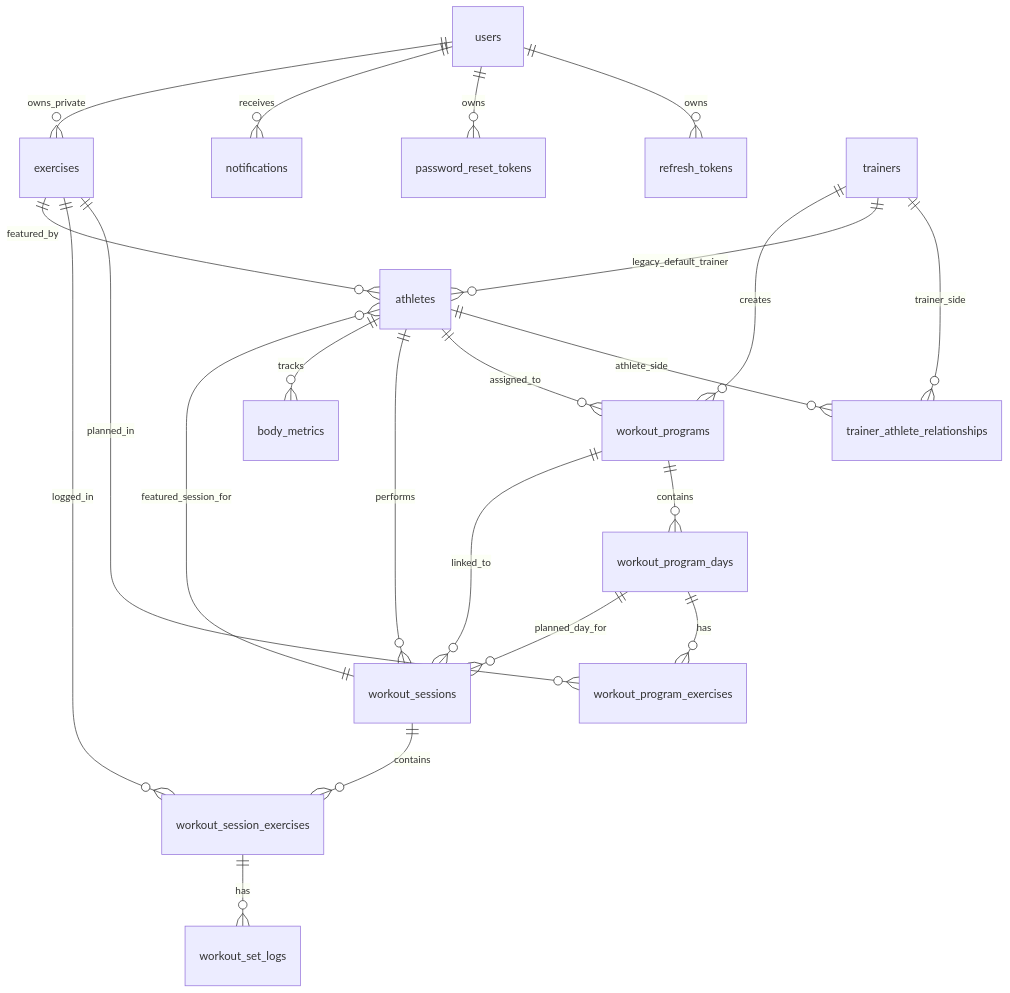
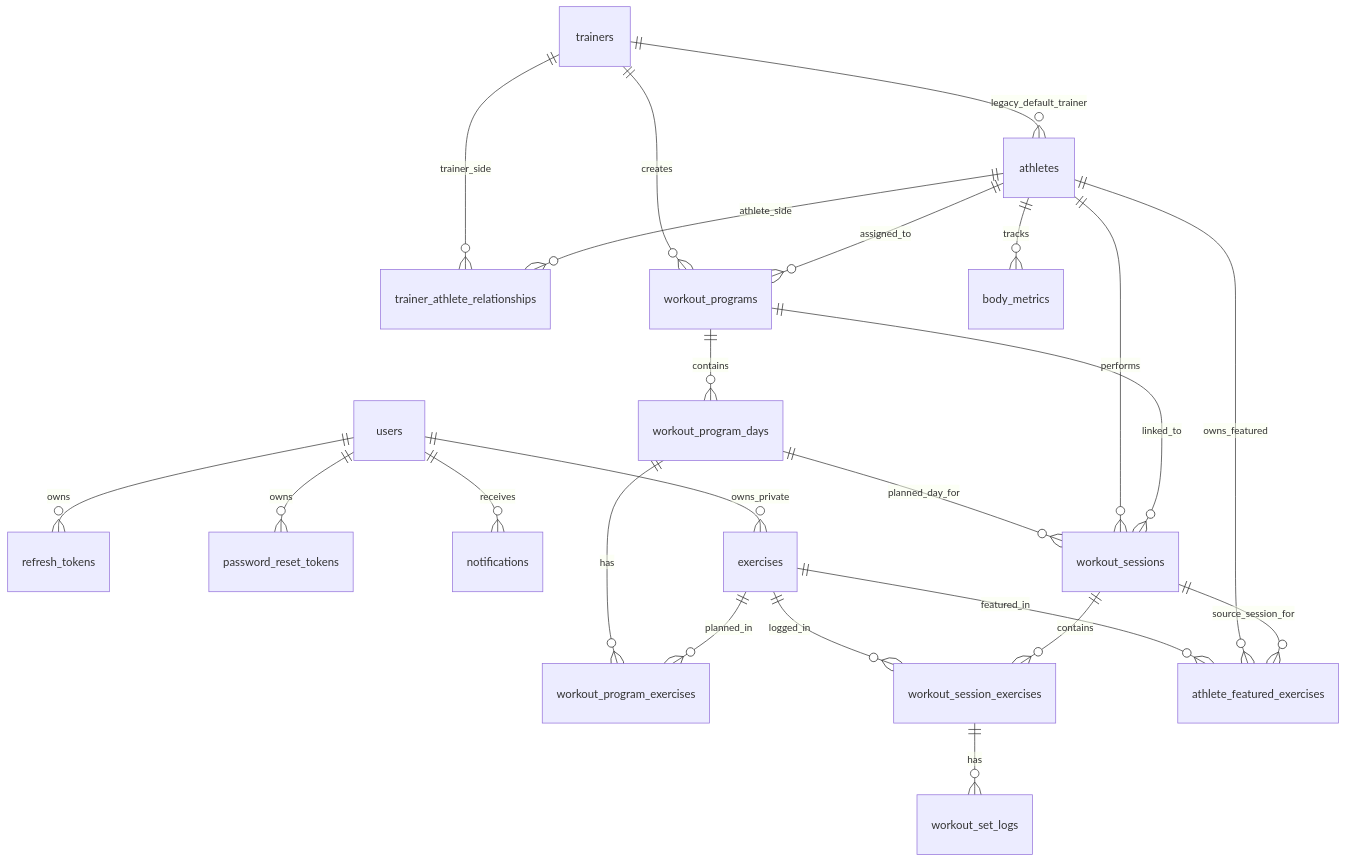
Before and after one commit to fatihkesik01/TrackMe-Docs: the diagram in database/erd.md, drawn with Mermaid. The commit also changed other lines of this file and 7 other files, not shown here.

````diff
--- a/database/erd.md
+++ b/database/erd.md
@@ -5,31 +5,32 @@
 ```mermaid
 erDiagram
     users ||--o{ refresh_tokens : owns
     users ||--o{ password_reset_tokens : owns
     users ||--o{ notifications : receives
     users ||--o{ exercises : owns_private
 
     trainers ||--o{ trainer_athlete_relationships : trainer_side
     athletes ||--o{ trainer_athlete_relationships : athlete_side
     trainers ||--o{ athletes : legacy_default_trainer
 
     trainers ||--o{ workout_programs : creates
     athletes ||--o{ workout_programs : assigned_to
 
     workout_programs ||--o{ workout_program_days : contains
     workout_program_days ||--o{ workout_program_exercises : has
     workout_program_days ||--o{ workout_sessions : planned_day_for
 
     exercises ||--o{ workout_program_exercises : planned_in
     exercises ||--o{ workout_session_exercises : logged_in
-    exercises ||--o{ athletes : featured_by
+    exercises ||--o{ athlete_featured_exercises : featured_in
 
     athletes ||--o{ workout_sessions : performs
+    athletes ||--o{ athlete_featured_exercises : owns_featured
     workout_programs ||--o{ workout_sessions : linked_to
-    workout_sessions ||--o{ athletes : featured_session_for
+    workout_sessions ||--o{ athlete_featured_exercises : source_session_for
 
     workout_sessions ||--o{ workout_session_exercises : contains
     workout_session_exercises ||--o{ workout_set_logs : has
 
     athletes ||--o{ body_metrics : tracks
 ```
````
